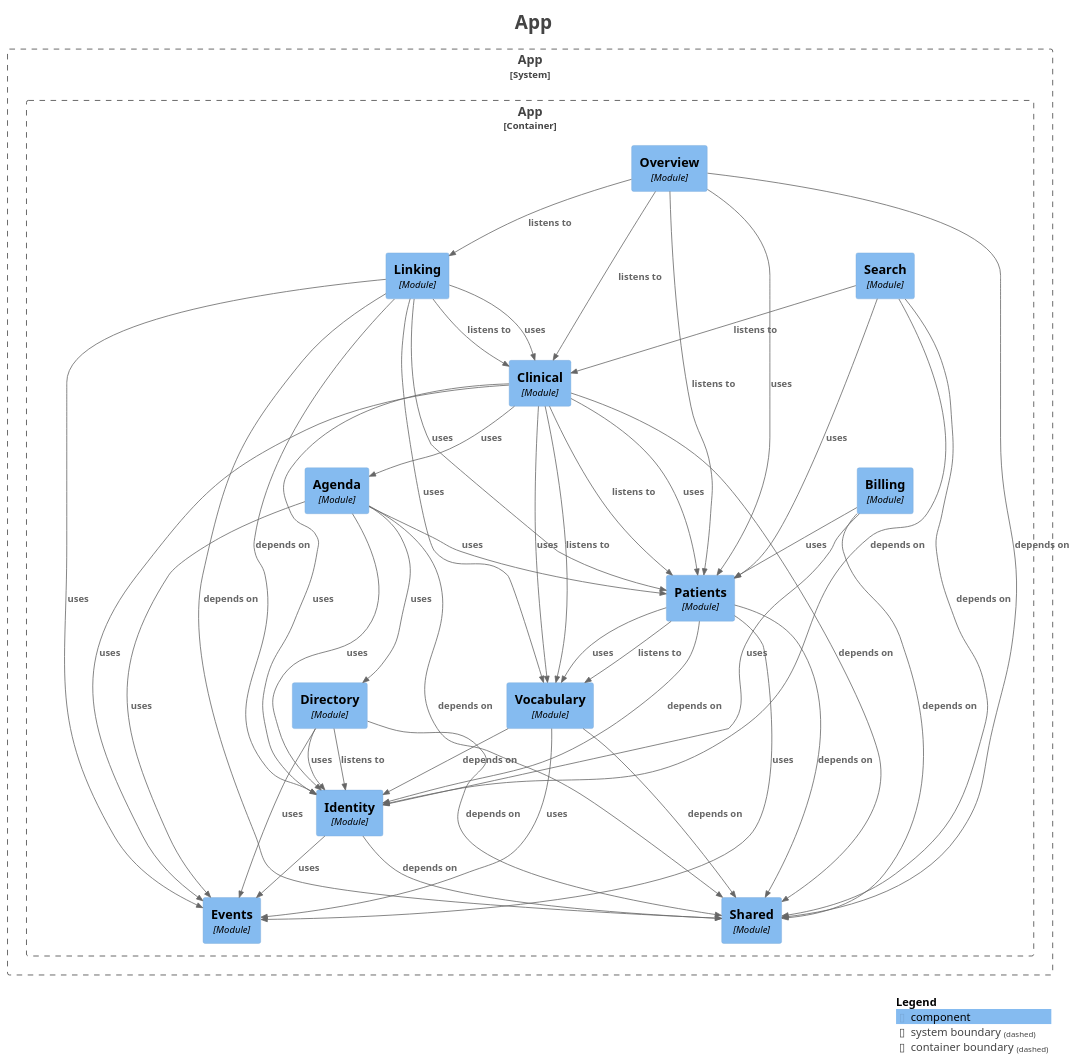
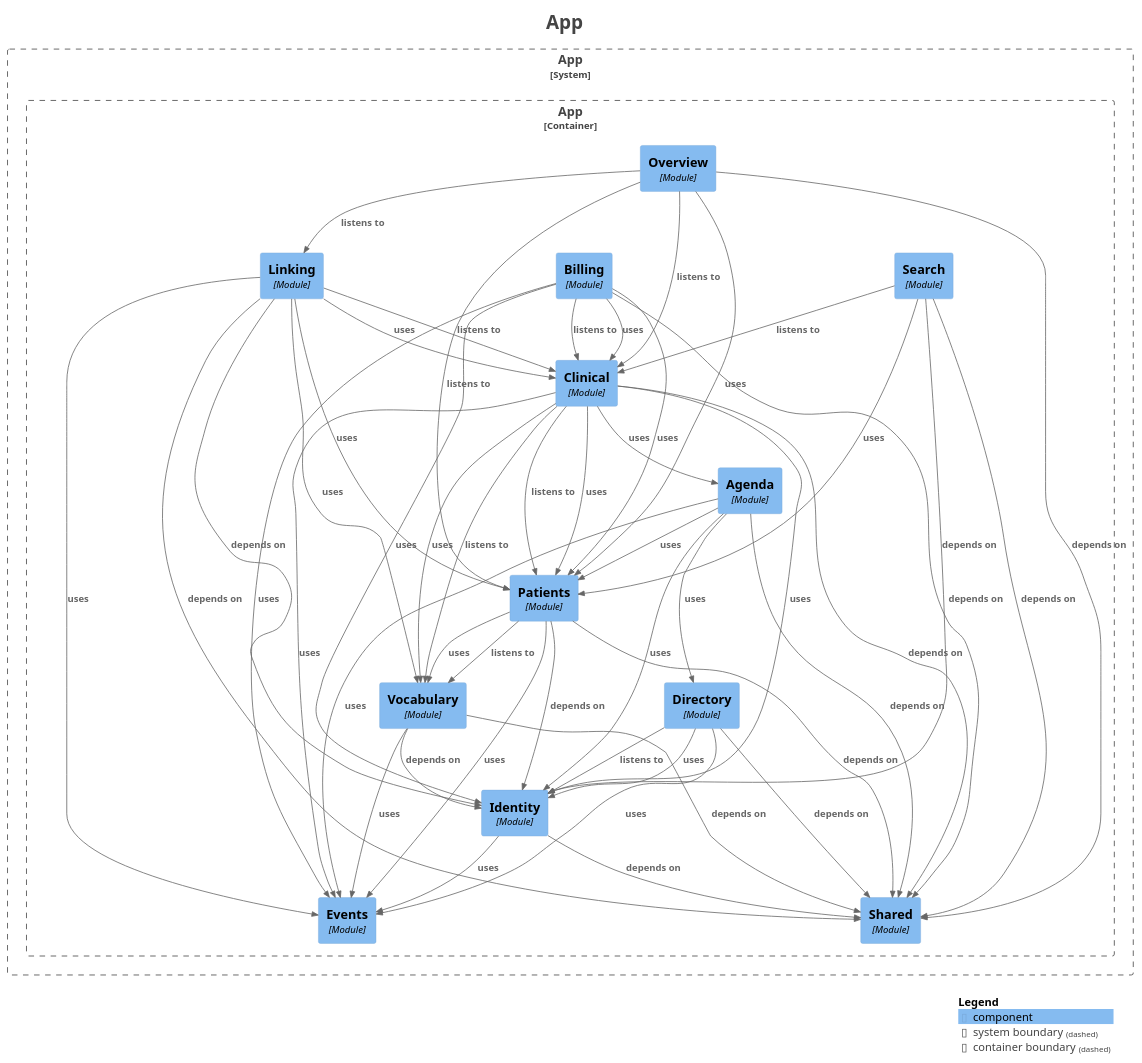
Before and after one commit to mrscams/psymate-api: the diagram in docs/generated/components.puml, drawn with PlantUML. The commit also changed 40 other files, not shown here.

```diff
--- a/docs/generated/components.puml
+++ b/docs/generated/components.puml
@@ -1,85 +1,88 @@
 @startuml
 title <size:24>App</size>
 
 set separator none
 top to bottom direction
 
 <style>
   root {
     BackgroundColor: #ffffff
     FontColor: #444444
   }
 </style>
 
 !include <C4/C4>
 !include <C4/C4_Context>
 !include <C4/C4_Component>
 
 System_Boundary("App_boundary", "App", $tags="") {
   Container_Boundary("App.App_boundary", "App", $tags="") {
     Component(App.App.Agenda, "Agenda", $techn="Module", $descr="", $tags="", $link="")
     Component(App.App.Billing, "Billing", $techn="Module", $descr="", $tags="", $link="")
     Component(App.App.Clinical, "Clinical", $techn="Module", $descr="", $tags="", $link="")
     Component(App.App.Directory, "Directory", $techn="Module", $descr="", $tags="", $link="")
     Component(App.App.Events, "Events", $techn="Module", $descr="", $tags="", $link="")
     Component(App.App.Identity, "Identity", $techn="Module", $descr="", $tags="", $link="")
     Component(App.App.Linking, "Linking", $techn="Module", $descr="", $tags="", $link="")
     Component(App.App.Overview, "Overview", $techn="Module", $descr="", $tags="", $link="")
     Component(App.App.Patients, "Patients", $techn="Module", $descr="", $tags="", $link="")
     Component(App.App.Search, "Search", $techn="Module", $descr="", $tags="", $link="")
     Component(App.App.Shared, "Shared", $techn="Module", $descr="", $tags="", $link="")
     Component(App.App.Vocabulary, "Vocabulary", $techn="Module", $descr="", $tags="", $link="")
   }
 
 }
 
 Rel(App.App.Agenda, App.App.Directory, "uses", $techn="", $tags="", $link="")
 Rel(App.App.Agenda, App.App.Events, "uses", $techn="", $tags="", $link="")
 Rel(App.App.Agenda, App.App.Identity, "uses", $techn="", $tags="", $link="")
 Rel(App.App.Agenda, App.App.Patients, "uses", $techn="", $tags="", $link="")
 Rel(App.App.Agenda, App.App.Shared, "depends on", $techn="", $tags="", $link="")
+Rel(App.App.Billing, App.App.Clinical, "listens to", $techn="", $tags="", $link="")
+Rel(App.App.Billing, App.App.Clinical, "uses", $techn="", $tags="", $link="")
+Rel(App.App.Billing, App.App.Events, "uses", $techn="", $tags="", $link="")
 Rel(App.App.Billing, App.App.Identity, "uses", $techn="", $tags="", $link="")
 Rel(App.App.Billing, App.App.Patients, "uses", $techn="", $tags="", $link="")
 Rel(App.App.Billing, App.App.Shared, "depends on", $techn="", $tags="", $link="")
 Rel(App.App.Clinical, App.App.Agenda, "uses", $techn="", $tags="", $link="")
 Rel(App.App.Clinical, App.App.Events, "uses", $techn="", $tags="", $link="")
 Rel(App.App.Clinical, App.App.Identity, "uses", $techn="", $tags="", $link="")
 Rel(App.App.Clinical, App.App.Patients, "listens to", $techn="", $tags="", $link="")
 Rel(App.App.Clinical, App.App.Patients, "uses", $techn="", $tags="", $link="")
 Rel(App.App.Clinical, App.App.Shared, "depends on", $techn="", $tags="", $link="")
 Rel(App.App.Clinical, App.App.Vocabulary, "listens to", $techn="", $tags="", $link="")
 Rel(App.App.Clinical, App.App.Vocabulary, "uses", $techn="", $tags="", $link="")
 Rel(App.App.Directory, App.App.Events, "uses", $techn="", $tags="", $link="")
 Rel(App.App.Directory, App.App.Identity, "listens to", $techn="", $tags="", $link="")
 Rel(App.App.Directory, App.App.Identity, "uses", $techn="", $tags="", $link="")
 Rel(App.App.Directory, App.App.Shared, "depends on", $techn="", $tags="", $link="")
 Rel(App.App.Identity, App.App.Events, "uses", $techn="", $tags="", $link="")
 Rel(App.App.Identity, App.App.Shared, "depends on", $techn="", $tags="", $link="")
 Rel(App.App.Linking, App.App.Clinical, "listens to", $techn="", $tags="", $link="")
 Rel(App.App.Linking, App.App.Clinical, "uses", $techn="", $tags="", $link="")
 Rel(App.App.Linking, App.App.Events, "uses", $techn="", $tags="", $link="")
 Rel(App.App.Linking, App.App.Identity, "depends on", $techn="", $tags="", $link="")
 Rel(App.App.Linking, App.App.Patients, "uses", $techn="", $tags="", $link="")
 Rel(App.App.Linking, App.App.Shared, "depends on", $techn="", $tags="", $link="")
 Rel(App.App.Linking, App.App.Vocabulary, "uses", $techn="", $tags="", $link="")
 Rel(App.App.Overview, App.App.Clinical, "listens to", $techn="", $tags="", $link="")
 Rel(App.App.Overview, App.App.Linking, "listens to", $techn="", $tags="", $link="")
 Rel(App.App.Overview, App.App.Patients, "listens to", $techn="", $tags="", $link="")
 Rel(App.App.Overview, App.App.Patients, "uses", $techn="", $tags="", $link="")
 Rel(App.App.Overview, App.App.Shared, "depends on", $techn="", $tags="", $link="")
 Rel(App.App.Patients, App.App.Events, "uses", $techn="", $tags="", $link="")
 Rel(App.App.Patients, App.App.Identity, "depends on", $techn="", $tags="", $link="")
 Rel(App.App.Patients, App.App.Shared, "depends on", $techn="", $tags="", $link="")
 Rel(App.App.Patients, App.App.Vocabulary, "listens to", $techn="", $tags="", $link="")
 Rel(App.App.Patients, App.App.Vocabulary, "uses", $techn="", $tags="", $link="")
 Rel(App.App.Search, App.App.Clinical, "listens to", $techn="", $tags="", $link="")
 Rel(App.App.Search, App.App.Identity, "depends on", $techn="", $tags="", $link="")
 Rel(App.App.Search, App.App.Patients, "uses", $techn="", $tags="", $link="")
 Rel(App.App.Search, App.App.Shared, "depends on", $techn="", $tags="", $link="")
 Rel(App.App.Vocabulary, App.App.Events, "uses", $techn="", $tags="", $link="")
 Rel(App.App.Vocabulary, App.App.Identity, "depends on", $techn="", $tags="", $link="")
 Rel(App.App.Vocabulary, App.App.Shared, "depends on", $techn="", $tags="", $link="")
 
 SHOW_LEGEND(true)
 hide stereotypes
 @enduml
```
